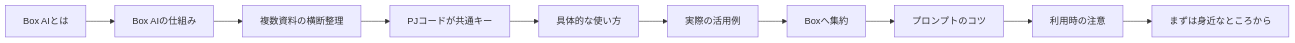
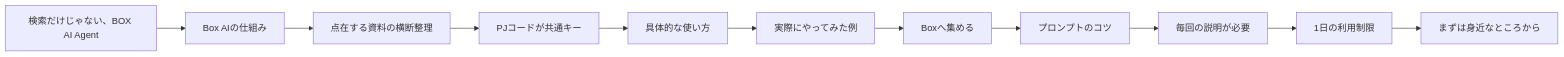
One commit to sakoda-stack/box-ai-sales-guide-video changed the diagram in Box_AI_営業活用ガイド_HTML動画_設計書.md. Above: the diagram before and after it, drawn with Mermaid. The commit also changed other lines of this file and 8 other files, not shown here.

````diff
--- a/Box_AI_営業活用ガイド_HTML動画_設計書.md
+++ b/Box_AI_営業活用ガイド_HTML動画_設計書.md
@@ -86,12 +90,13 @@
 ```mermaid
 flowchart LR
-    A[Box AIとは] --> B[Box AIの仕組み]
-    B --> C[複数資料の横断整理]
+    A[検索だけじゃない、BOX AI Agent] --> B[Box AIの仕組み]
+    B --> C[点在する資料の横断整理]
     C --> D[PJコードが共通キー]
     D --> E[具体的な使い方]
-    E --> F[実際の活用例]
-    F --> G[Boxへ集約]
+    E --> F[実際にやってみた例]
+    F --> G[Boxへ集める]
     G --> H[プロンプトのコツ]
-    H --> I[利用時の注意]
-    I --> J[まずは身近なところから]
+    H --> I[毎回の説明が必要]
+    I --> J[1日の利用制限]
+    J --> K[まずは身近なところから]
 ```
````
